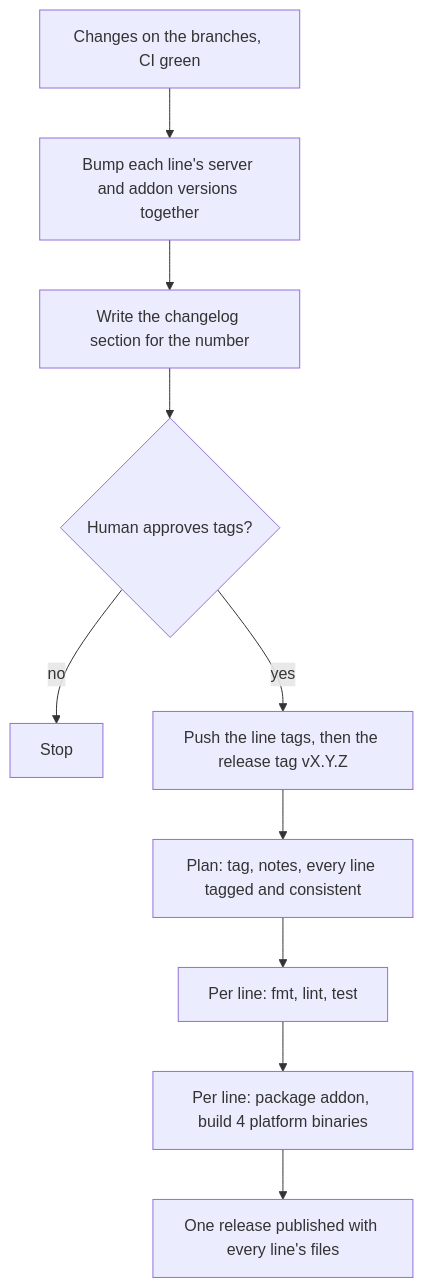
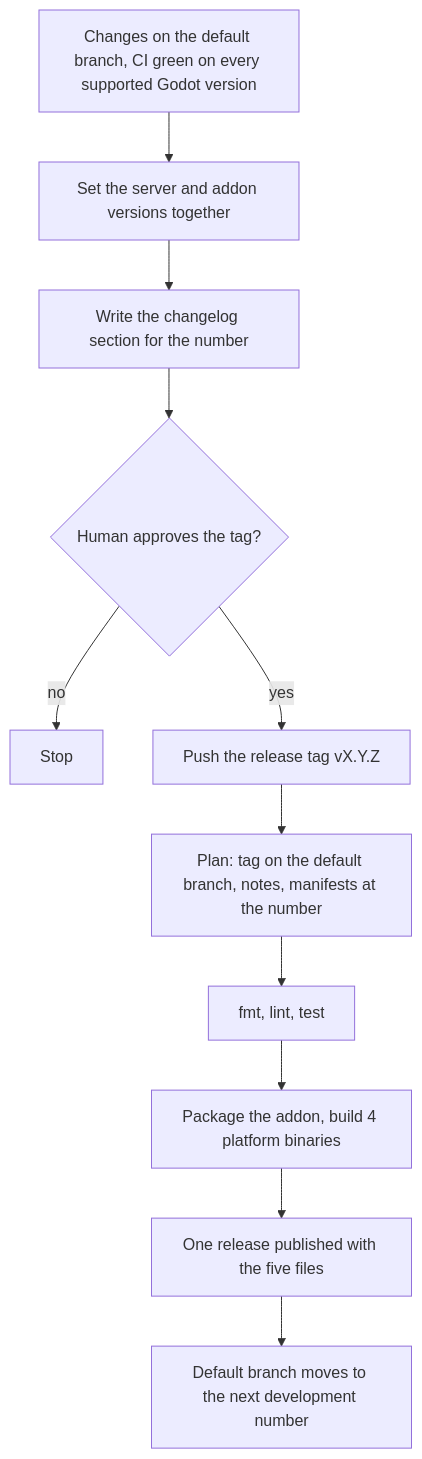
The diagram in .design/main/specifications/l1-distribution.md (theromis/godot-mcp), drawn with Mermaid before and after one commit. The commit also changed other lines of this file and 47 other files, not shown here.

First line of the commit message:
build: one build for every Godot version, made from master (#176)

````diff
--- a/.design/main/specifications/l1-distribution.md
+++ b/.design/main/specifications/l1-distribution.md
@@ -49,12 +49,13 @@
 ```mermaid
 graph TD
-    A[Changes on the branches, CI green] --> B[Bump each line's server and addon versions together]
+    A[Changes on the default branch, CI green on every supported Godot version] --> B[Set the server and addon versions together]
     B --> C[Write the changelog section for the number]
-    C --> D{Human approves tags?}
+    C --> D{Human approves the tag?}
     D -->|no| E[Stop]
-    D -->|yes| F[Push the line tags, then the release tag vX.Y.Z]
-    F --> G[Plan: tag, notes, every line tagged and consistent]
-    G --> H[Per line: fmt, lint, test]
-    H --> I[Per line: package addon, build 4 platform binaries]
-    I --> J[One release published with every line's files]
+    D -->|yes| F[Push the release tag vX.Y.Z]
+    F --> G[Plan: tag on the default branch, notes, manifests at the number]
+    G --> H[fmt, lint, test]
+    H --> I[Package the addon, build 4 platform binaries]
+    I --> J[One release published with the five files]
+    J --> K[Default branch moves to the next development number]
 ```
````
